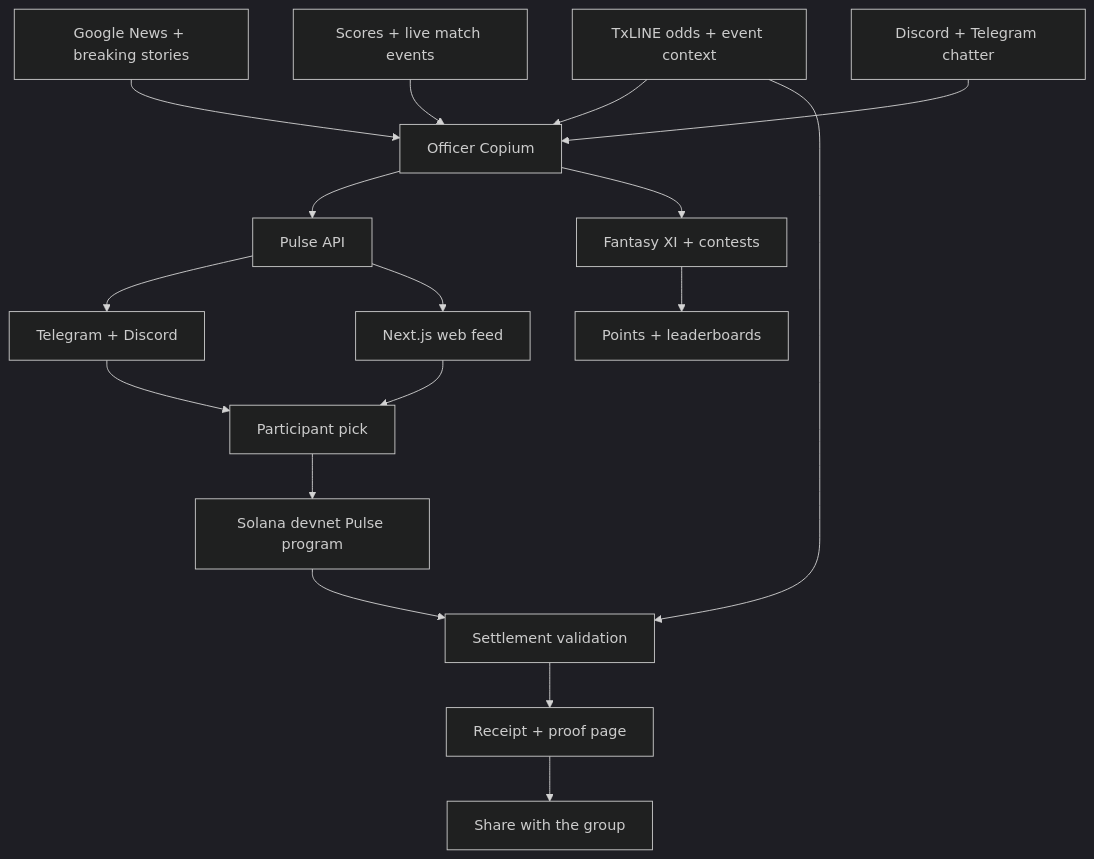
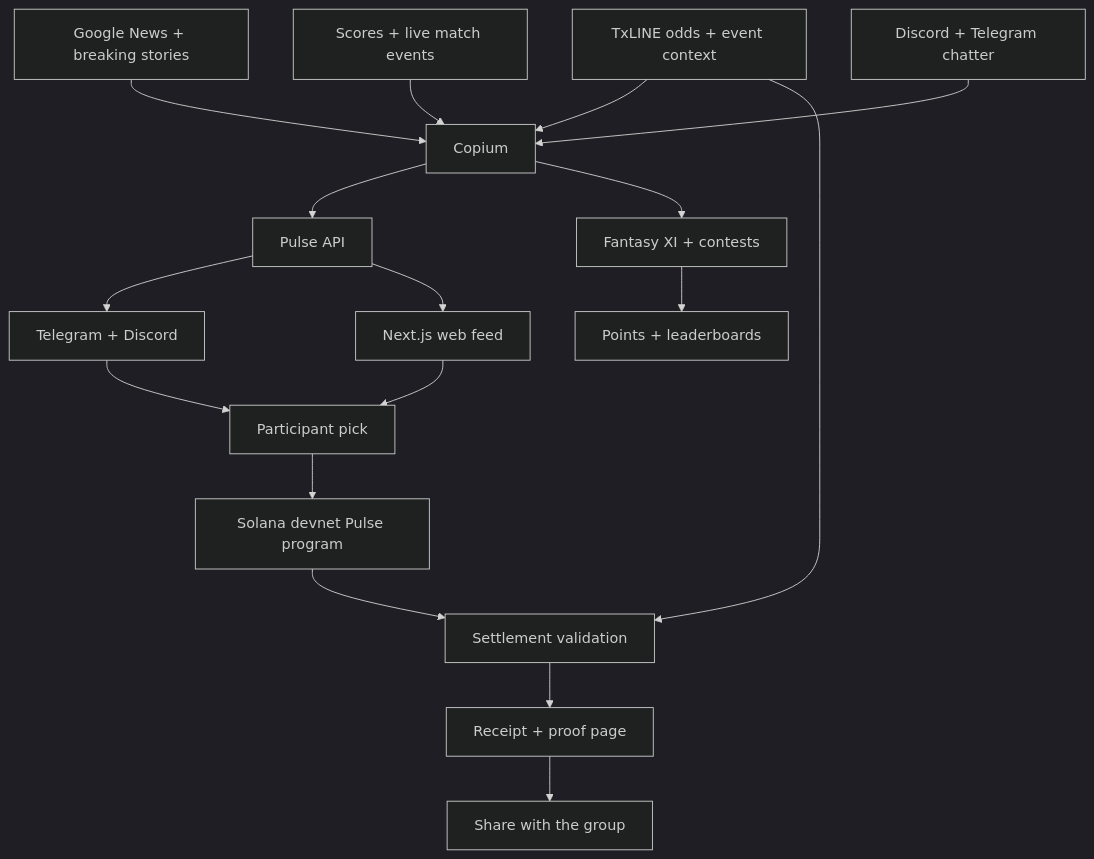
Before and after one commit to arko05roy/copium-fun: the second of 2 diagrams in README.md, drawn with Mermaid (dark theme). The commit also changed other lines of this file, not shown here.

````diff
--- a/README.md
+++ b/README.md
@@ -272,19 +273,19 @@
 ```mermaid
 flowchart TD
-    N[Google News + breaking stories] --> O[Officer Copium]
+    N[Google News + breaking stories] --> O[Copium]
     S[Scores + live match events] --> O
     D[Discord + Telegram chatter] --> O
     X[TxLINE odds + event context] --> O
     O --> P[Pulse API]
     P --> T[Telegram + Discord]
     P --> W[Next.js web feed]
     T --> U[Participant pick]
     W --> U
     O --> F[Fantasy XI + contests]
     F --> L[Points + leaderboards]
     U --> C[Solana devnet Pulse program]
     X --> V[Settlement validation]
     C --> V
     V --> R[Receipt + proof page]
     R --> Q[Share with the group]
 ```
````
